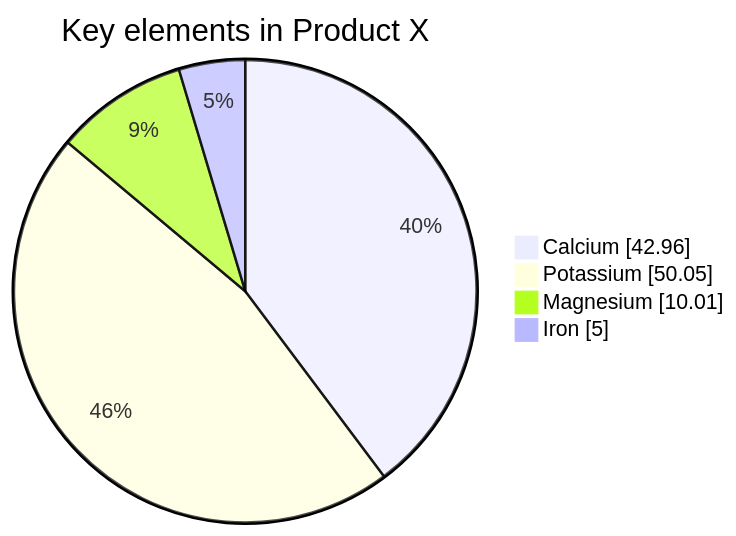
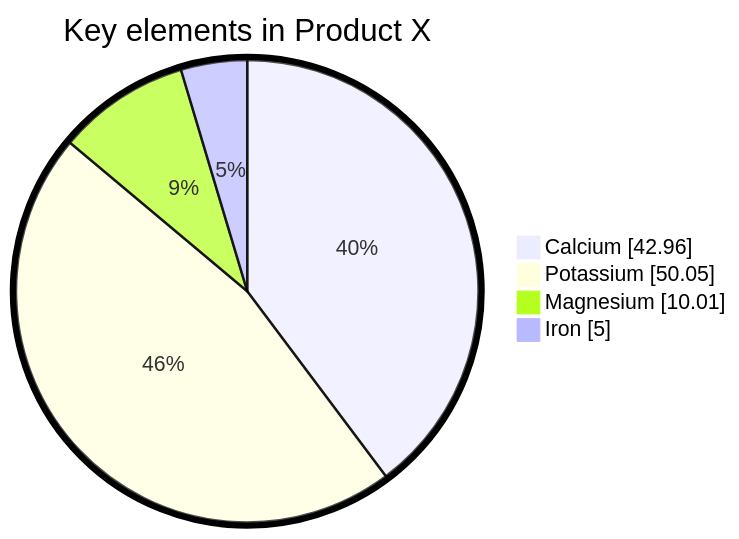
The second of 2 diagrams in docs/syntax/pie.md (mermaid-js/mermaid), drawn with Mermaid before and after one commit. The commit also changed other lines of this file and 15 other files, not shown here.

Commit message:
Move pie outerStrokeWidth to theme variables, update docs

````diff
--- a/docs/syntax/pie.md
+++ b/docs/syntax/pie.md
@@ -60,9 +60,9 @@
 ```mermaid
-%%{init: {"pie": {"textPosition": 0.8, "outerBorderWidth": 5}} }%%
+%%{init: {"pie": {"textPosition": 0.5}, "themeVariables": {"pieOuterStrokeWidth": "5px"}} }%%
 pie showData
     title Key elements in Product X
     "Calcium" : 42.96
     "Potassium" : 50.05
     "Magnesium" : 10.01
     "Iron" :  5
 ```
````
